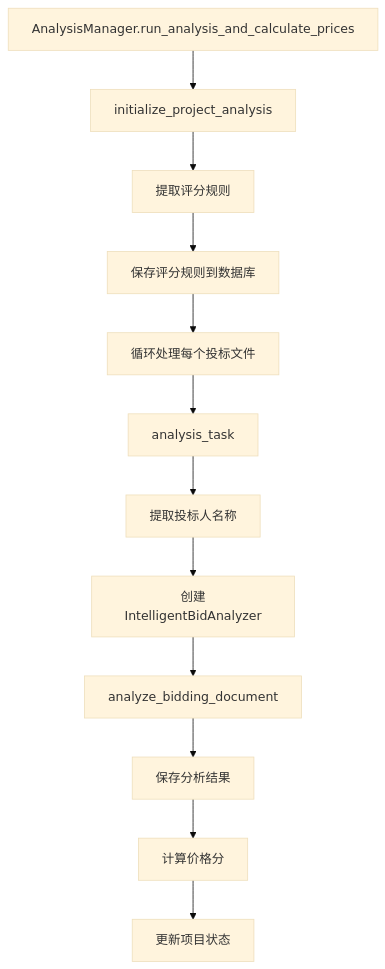
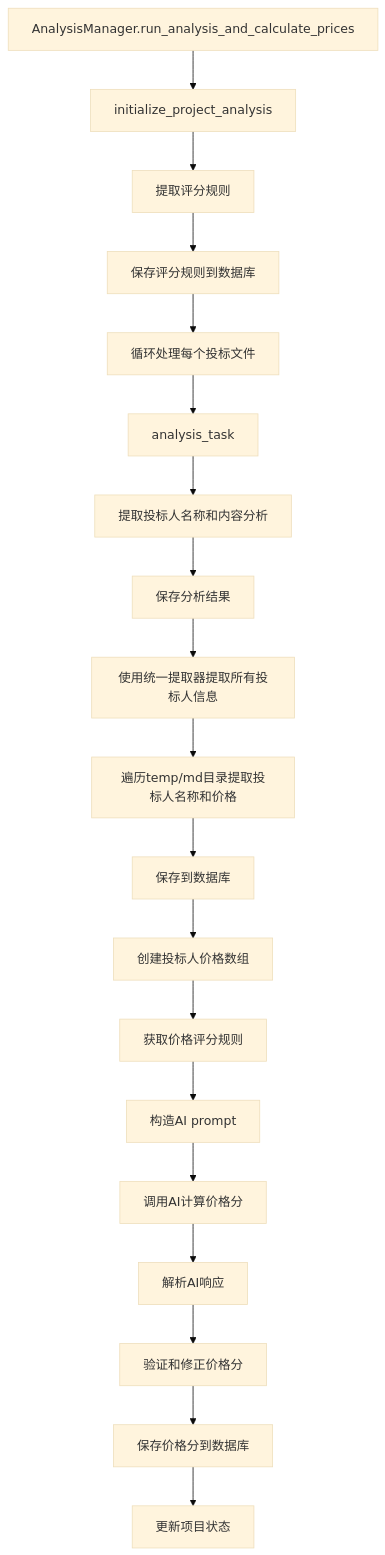
One commit to zhd5258/AI_env2 changed the sixth of 14 diagrams in docs/流程图.md. Above: the diagram before and after it, drawn with Mermaid (base theme). The commit also changed other lines of this file and 36 other files, not shown here.

````diff
--- a/docs/流程图.md
+++ b/docs/流程图.md
@@ -78,14 +78,21 @@
 ```mermaid
 graph TD
     A[AnalysisManager.run_analysis_and_calculate_prices] --> B[initialize_project_analysis]
     B --> C[提取评分规则]
     C --> D[保存评分规则到数据库]
     D --> E[循环处理每个投标文件]
     E --> F[analysis_task]
-    F --> G[提取投标人名称]
-    G --> H[创建IntelligentBidAnalyzer]
-    H --> I[analyze_bidding_document]
-    I --> J[保存分析结果]
-    J --> K[计算价格分]
-    K --> L[更新项目状态]
+    F --> G[提取投标人名称和内容分析]
+    G --> H[保存分析结果]
+    H --> I[使用统一提取器提取所有投标人信息]
+    I --> J[遍历temp/md目录提取投标人名称和价格]
+    J --> K[保存到数据库]
+    K --> L[创建投标人价格数组]
+    L --> M[获取价格评分规则]
+    M --> N[构造AI prompt]
+    N --> O[调用AI计算价格分]
+    O --> P[解析AI响应]
+    P --> Q[验证和修正价格分]
+    Q --> R[保存价格分到数据库]
+    R --> S[更新项目状态]
 ```
````
